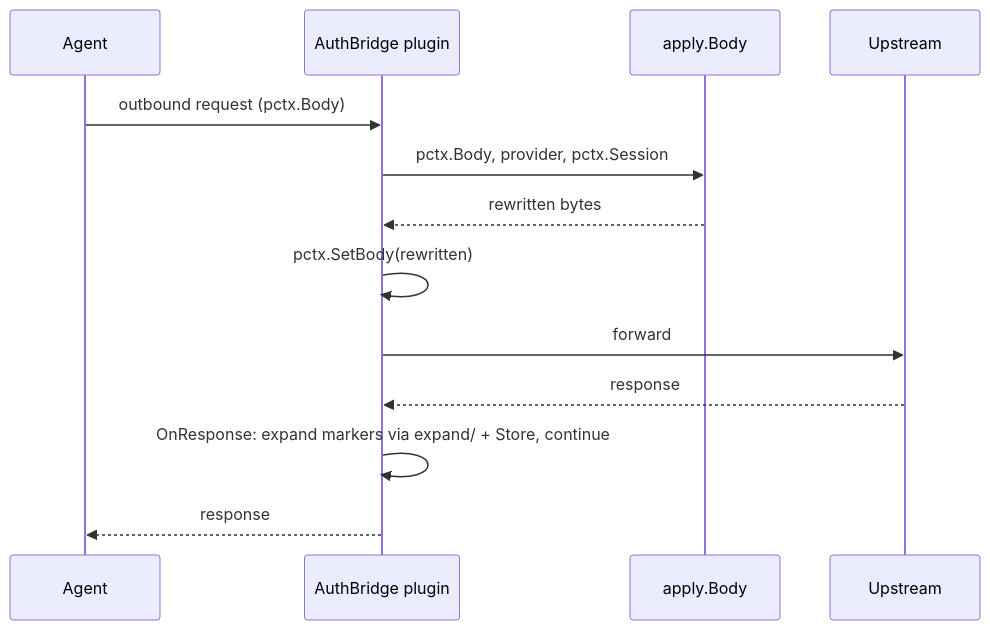
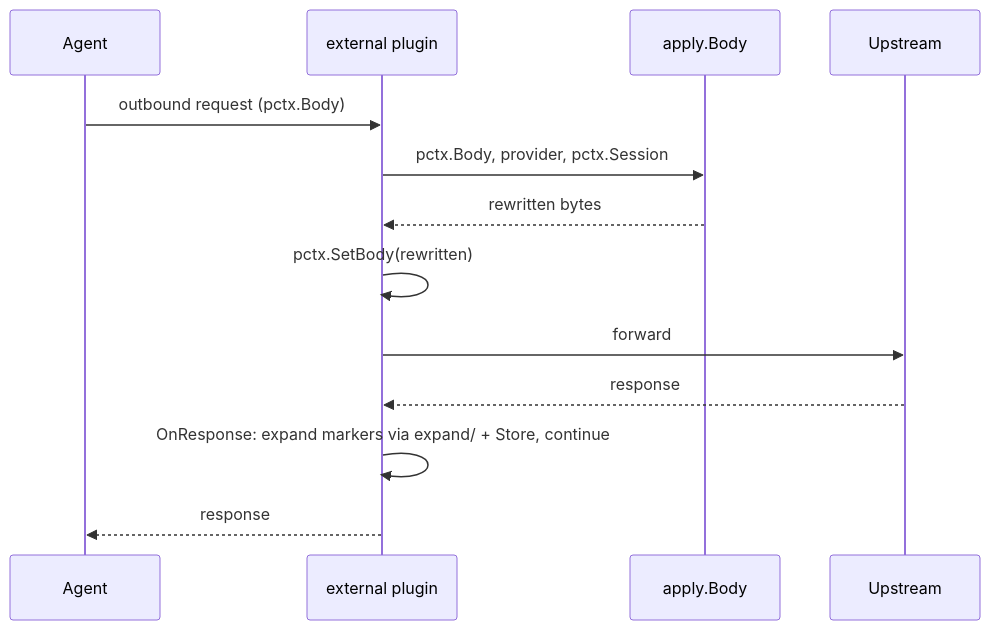
Before and after one commit to itay-nakash/context-guru: the second of 2 diagrams in docs/integrations.md, drawn with Mermaid. The commit also changed other lines of this file and 74 other files, not shown here.

````diff
--- a/docs/integrations.md
+++ b/docs/integrations.md
@@ -55,15 +55,15 @@
 ```mermaid
 sequenceDiagram
   participant Agent
-  participant AB as AuthBridge plugin
+  participant AB as external plugin
   participant Apply as apply.Body
   participant Up as Upstream
   Agent->>AB: outbound request (pctx.Body)
   AB->>Apply: pctx.Body, provider, pctx.Session
   Apply-->>AB: rewritten bytes
   AB->>AB: pctx.SetBody(rewritten)
   AB->>Up: forward
   Up-->>AB: response
   AB->>AB: OnResponse: expand markers via expand/ + Store, continue
   AB-->>Agent: response
 ```
````
